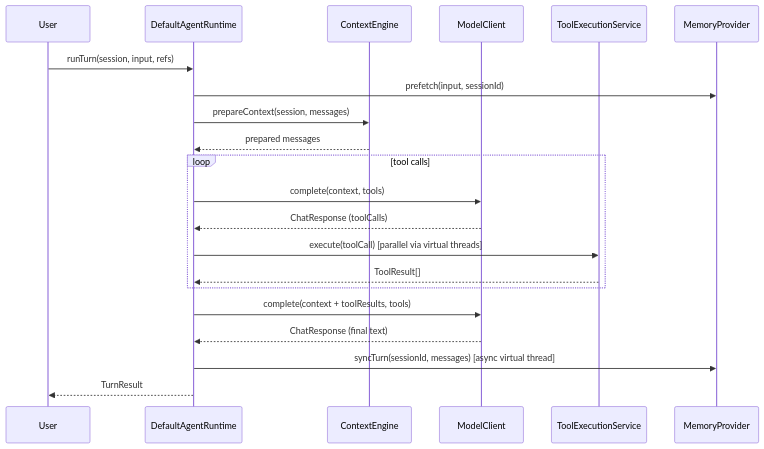
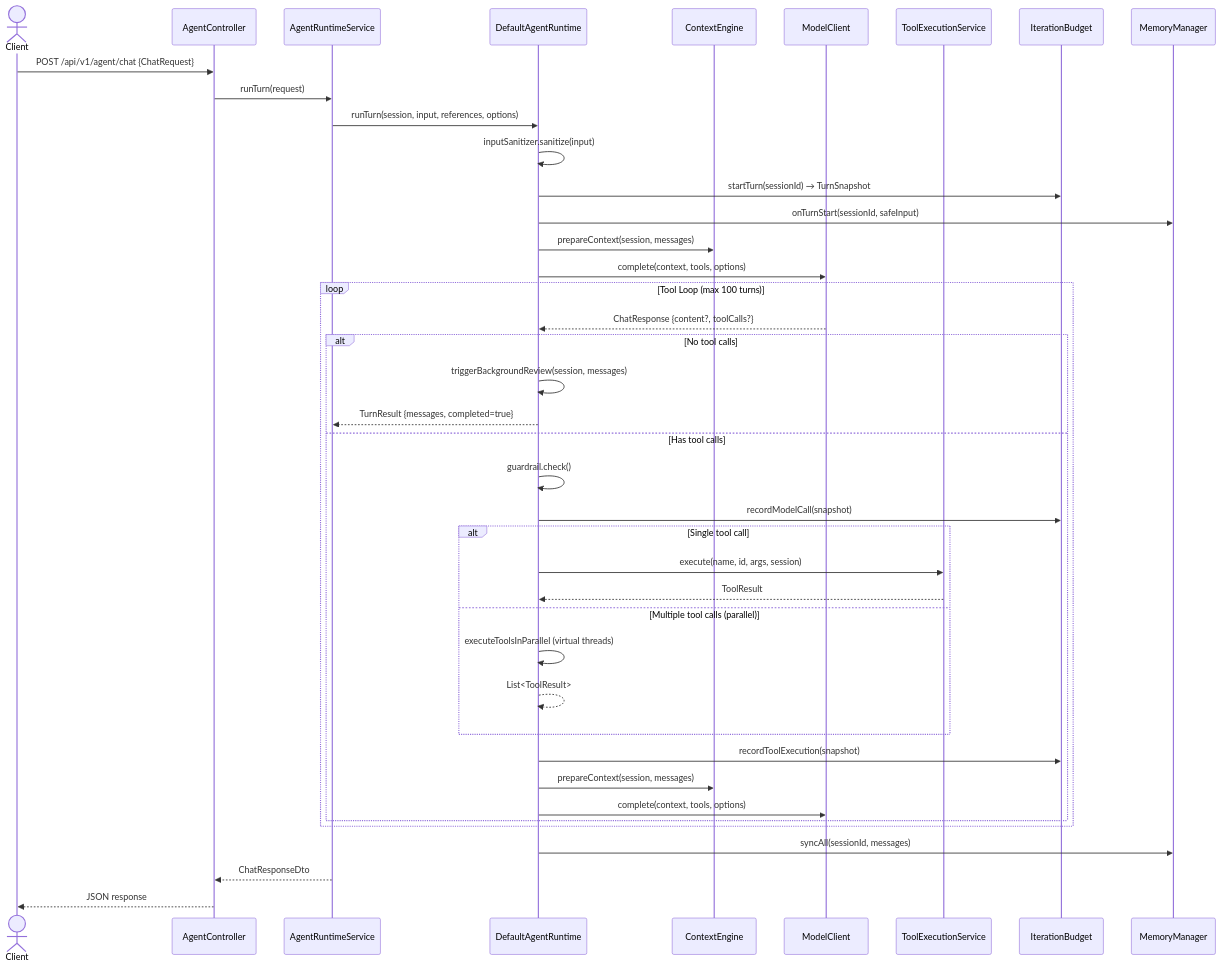
One commit to FerrPOINT/java-agent changed the first of 9 diagrams in docs/architecture/sequence-diagrams.md. Above: the diagram before and after it, drawn with Mermaid. The commit also changed other lines of this file and 13 other files, not shown here.

First line of the commit message:
feat: architecture documentation + Docker prod compose + enhanced E2E smoke

````diff
--- a/docs/architecture/sequence-diagrams.md
+++ b/docs/architecture/sequence-diagrams.md
@@ -9,24 +12,48 @@
 ```mermaid
 sequenceDiagram
-    participant U as User
-    participant Runtime as DefaultAgentRuntime
-    participant Context as ContextEngine
-    participant Model as ModelClient
-    participant Tools as ToolExecutionService
-    participant Memory as MemoryProvider
+    actor Client
+    participant AC as AgentController
+    participant ARS as AgentRuntimeService
+    participant DAR as DefaultAgentRuntime
+    participant CE as ContextEngine
+    participant MC as ModelClient
+    participant TE as ToolExecutionService
+    participant IB as IterationBudget
+    participant MM as MemoryManager
 
-    U->>Runtime: runTurn(session, input, refs)
-    Runtime->>Memory: prefetch(input, sessionId)
-    Runtime->>Context: prepareContext(session, messages)
-    Context-->>Runtime: prepared messages
-    loop tool calls
-        Runtime->>Model: complete(context, tools)
-        Model-->>Runtime: ChatResponse (toolCalls)
-        Runtime->>Tools: execute(toolCall) [parallel via virtual threads]
-        Tools-->>Runtime: ToolResult[]
+    Client->>AC: POST /api/v1/agent/chat {ChatRequest}
+    AC->>ARS: runTurn(request)
+    ARS->>DAR: runTurn(session, input, references, options)
+
+    DAR->>DAR: inputSanitizer.sanitize(input)
+    DAR->>IB: startTurn(sessionId) → TurnSnapshot
+    DAR->>MM: onTurnStart(sessionId, safeInput)
+    DAR->>CE: prepareContext(session, messages)
+    DAR->>MC: complete(context, tools, options)
+
+    loop Tool Loop (max 100 turns)
+        MC-->>DAR: ChatResponse {content?, toolCalls?}
+
+        alt No tool calls
+            DAR->>DAR: triggerBackgroundReview(session, messages)
+            DAR-->>ARS: TurnResult {messages, completed=true}
+        else Has tool calls
+            DAR->>DAR: guardrail.check()
+            DAR->>IB: recordModelCall(snapshot)
+            alt Single tool call
+                DAR->>TE: execute(name, id, args, session)
+                TE-->>DAR: ToolResult
+            else Multiple tool calls (parallel)
+                DAR->>DAR: executeToolsInParallel (virtual threads)
+                DAR-->>DAR: List<ToolResult>
+            end
+            DAR->>IB: recordToolExecution(snapshot)
+            DAR->>CE: prepareContext(session, messages)
+            DAR->>MC: complete(context, tools, options)
+        end
     end
-    Runtime->>Model: complete(context + toolResults, tools)
-    Model-->>Runtime: ChatResponse (final text)
-    Runtime->>Memory: syncTurn(sessionId, messages) [async virtual thread]
-    Runtime-->>U: TurnResult
+
+    DAR->>MM: syncAll(sessionId, messages)
+    ARS-->>AC: ChatResponseDto
+    AC-->>Client: JSON response
 ```
````
